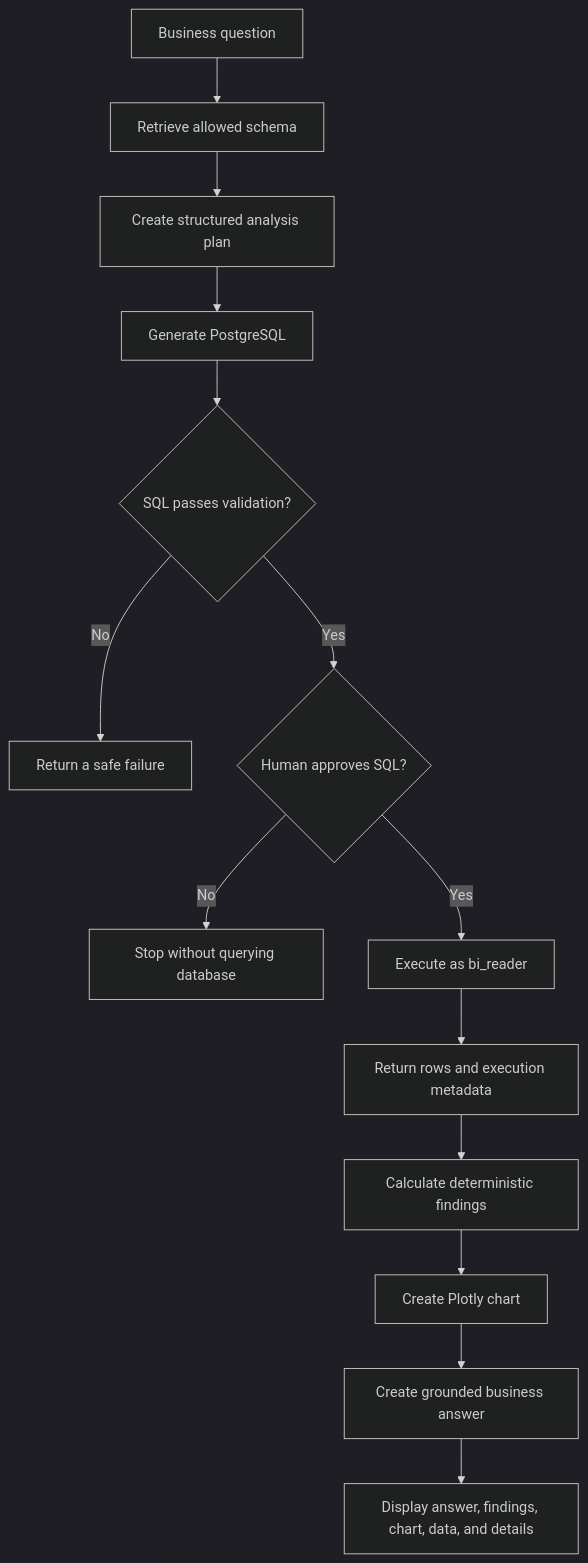
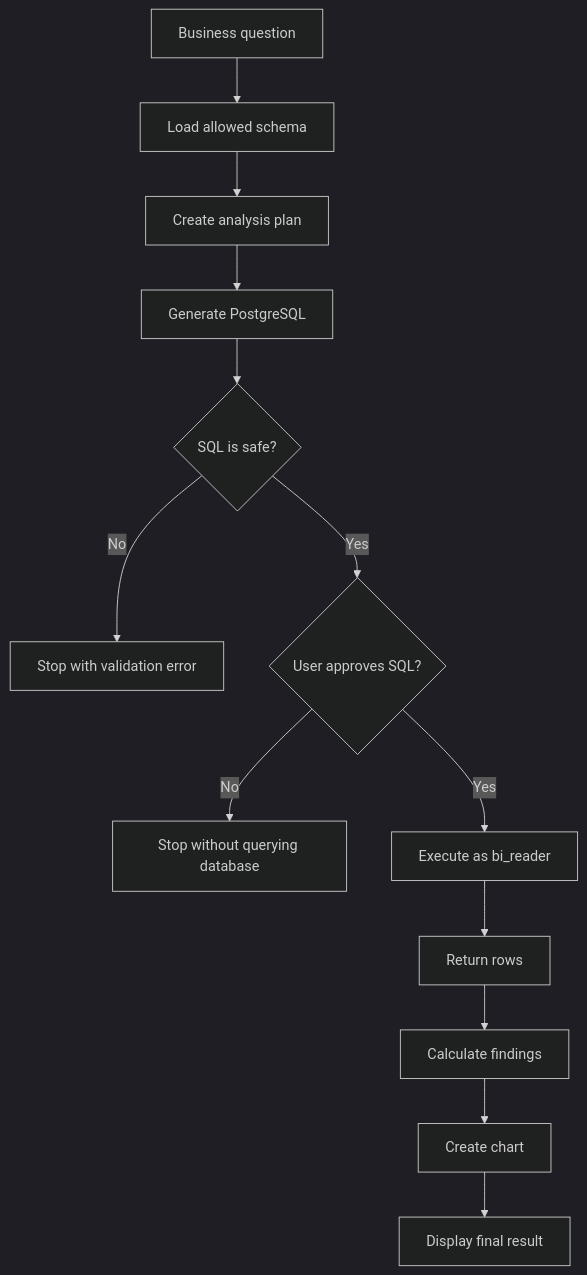
One commit to jainatishya53-hub/agentic-bi-copilot changed the second of 3 diagrams in README.md. Above: the diagram before and after it, drawn with Mermaid (dark theme). The commit also changed other lines of this file and 17 other files, not shown here.

````diff
--- a/README.md
+++ b/README.md
@@ -77,19 +93,18 @@
 ```mermaid
 flowchart TD
-    Q["Business question"] --> S["Retrieve allowed schema"]
-    S --> P["Create structured analysis plan"]
-    P --> SQL["Generate PostgreSQL"]
-    SQL --> V{"SQL passes validation?"}
+    QUESTION["Business question"] --> SCHEMA["Load allowed schema"]
+    SCHEMA --> PLAN["Create analysis plan"]
+    PLAN --> SQL["Generate PostgreSQL"]
+    SQL --> CHECK{"SQL is safe?"}
 
-    V -->|"No"| F["Return a safe failure"]
-    V -->|"Yes"| A{"Human approves SQL?"}
+    CHECK -->|"No"| FAILED["Stop with validation error"]
+    CHECK -->|"Yes"| REVIEW{"User approves SQL?"}
 
-    A -->|"No"| X["Stop without querying database"]
-    A -->|"Yes"| E["Execute as bi_reader"]
+    REVIEW -->|"No"| REJECTED["Stop without querying database"]
+    REVIEW -->|"Yes"| EXECUTE["Execute as bi_reader"]
 
-    E --> D["Return rows and execution metadata"]
-    D --> N["Calculate deterministic findings"]
-    N --> C["Create Plotly chart"]
-    C --> B["Create grounded business answer"]
-    B --> O["Display answer, findings, chart, data, and details"]
+    EXECUTE --> ROWS["Return rows"]
+    ROWS --> ANALYZE["Calculate findings"]
+    ANALYZE --> VISUALIZE["Create chart"]
+    VISUALIZE --> RESULT["Display final result"]
 ```
````
